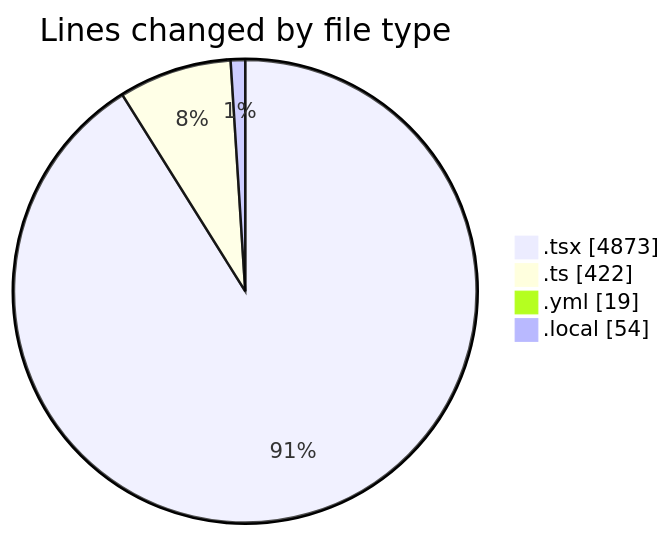
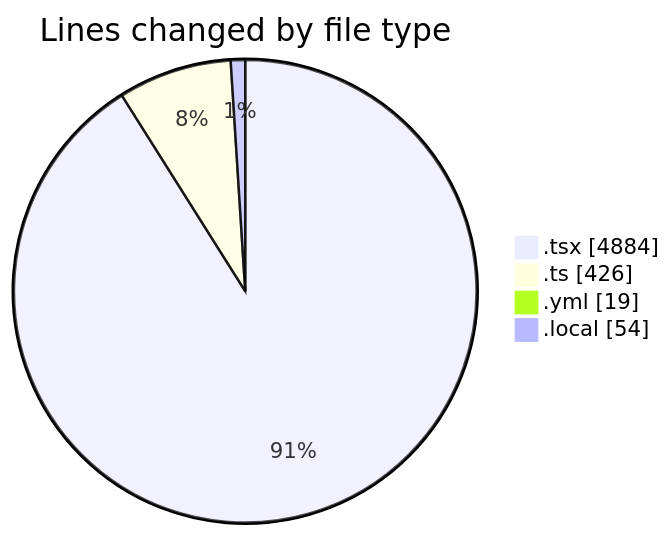
One commit to julien-gomy/code-tracking changed the first of 2 diagrams in 2025-11-18/eventscop-frontend-guide__workspace_/README.md. Above: the diagram before and after it, drawn with Mermaid. The commit also changed other lines of this file and 1 other file, not shown here.

````diff
--- a/2025-11-18/eventscop-frontend-guide__workspace_/README.md
+++ b/2025-11-18/eventscop-frontend-guide__workspace_/README.md
@@ -63,8 +63,8 @@
 ```mermaid
 pie showData
 title Lines changed by file type
-".tsx" : 4873
-".ts" : 422
+".tsx" : 4884
+".ts" : 426
 ".yml" : 19
 ".local" : 54
 ```
````
